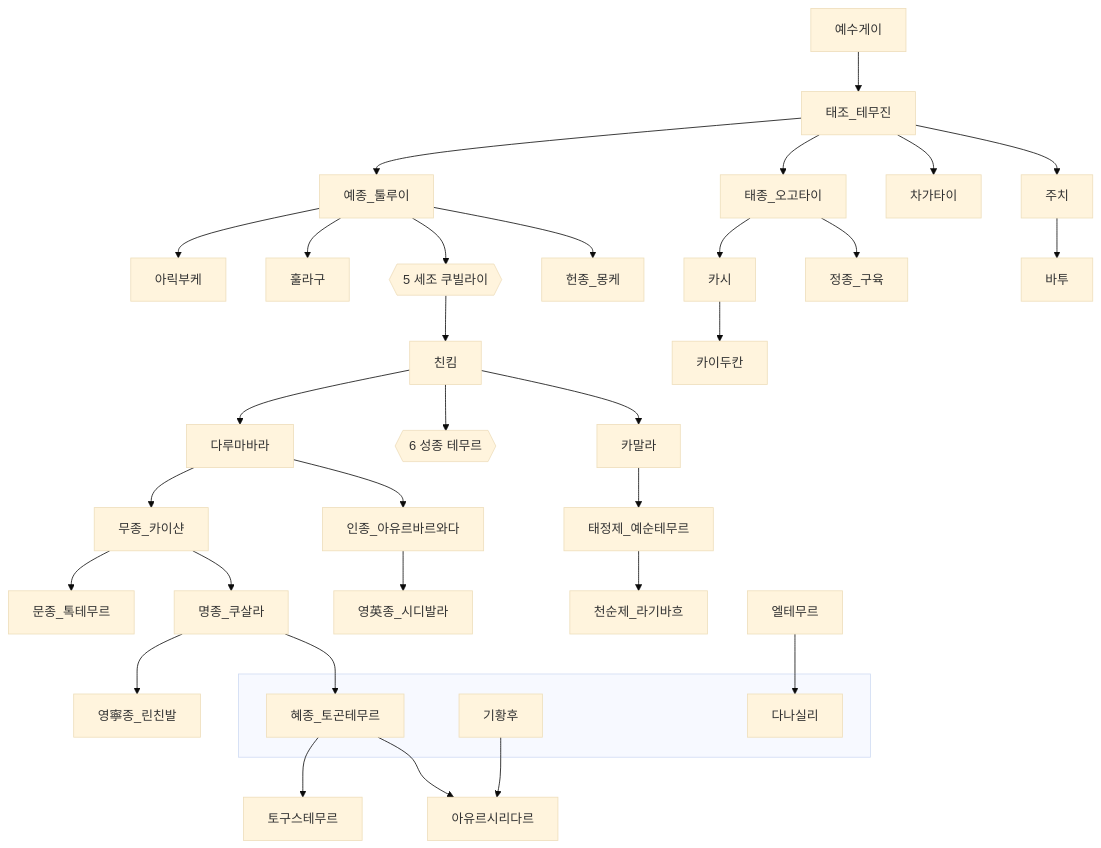
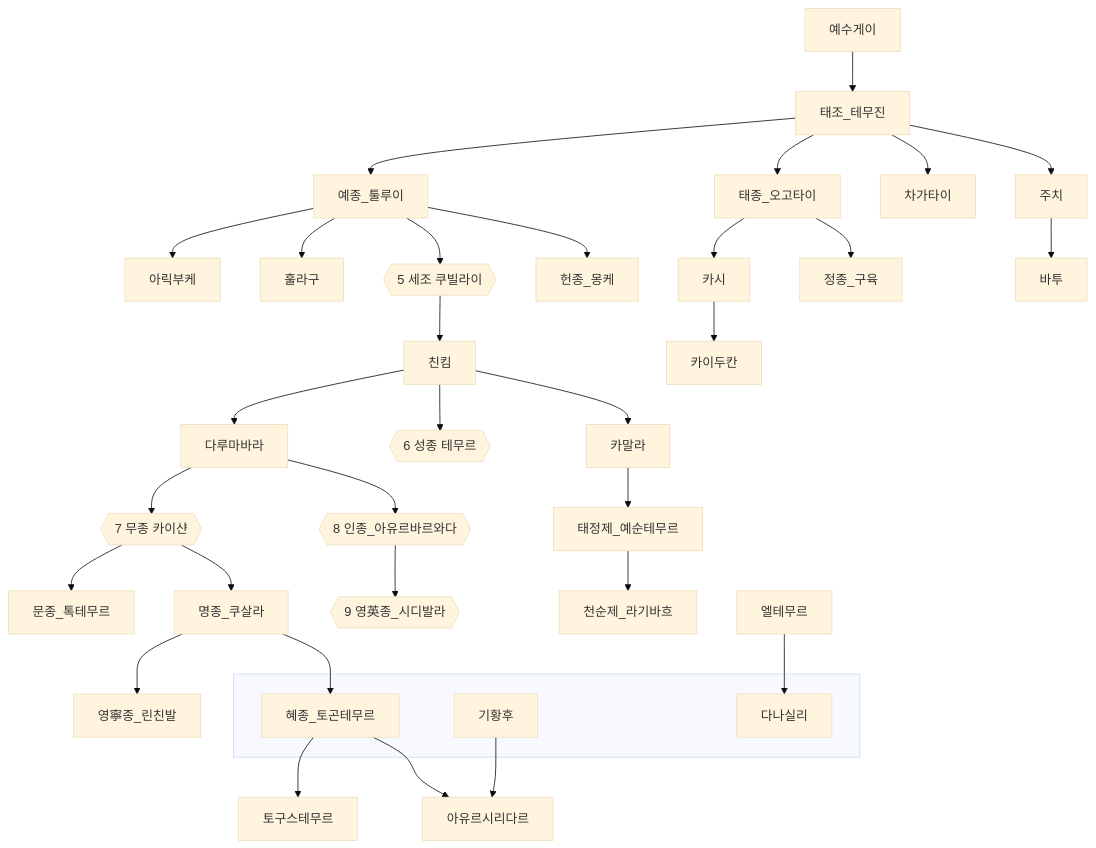
Before and after one commit to daewonyoon/historigram: the second of 2 diagrams in 중국사/원왕조.md, drawn with Mermaid (base theme). The commit also changed 5 other files, not shown here.

````diff
--- a/중국사/원왕조.md
+++ b/중국사/원왕조.md
@@ -36,38 +36,38 @@
 ```mermaid
 
 graph TD
 예수게이 --> 태조_테무진 
 태조_테무진 --> 주치 --> 바투
 태조_테무진 --> 차가타이
 태조_테무진 --> 태종_오고타이 --> 정종_구육
 태조_테무진 --> 예종_툴루이
 
 태종_오고타이 --> 카시 --> 카이두칸
 예종_툴루이 --> 헌종_몽케
 예종_툴루이 --> 세조_쿠빌라이{{5 세조 쿠빌라이}} --> 친킴 
 예종_툴루이 --> 훌라구
 예종_툴루이 --> 아릭부케
 
 친킴 --> 카말라
 친킴 --> 성종_테무르{{6 성종 테무르}}
 친킴 --> 다루마바라
 
 카말라 --> 태정제_예순테무르 --> 천순제_라기바흐
 
-다루마바라 --> 인종_아유르바르와다 --> 영英종_시디발라
+다루마바라 --> 인종_아유르바르와다{{8 인종_아유르바르와다}} --> 영英종_시디발라{{9 영英종_시디발라}}
 다루마바라 --> 무종_카이샨 --> 명종_쿠살라 --> 혜종_토곤테무르 --> 아유르시리다르
 명종_쿠살라 --> 영寧종_린친발
 기황후 --> 아유르시리다르
 혜종_토곤테무르 --> 토구스테무르
 
-무종_카이샨 --> 문종_톡테무르
+무종_카이샨{{7 무종 카이샨}} --> 문종_톡테무르
 
 엘테무르 --> 다나실리
 
 subgraph " "
     다나실리
     혜종_토곤테무르
     기황후
 end
 
 ```
````
